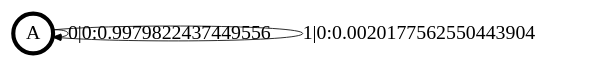
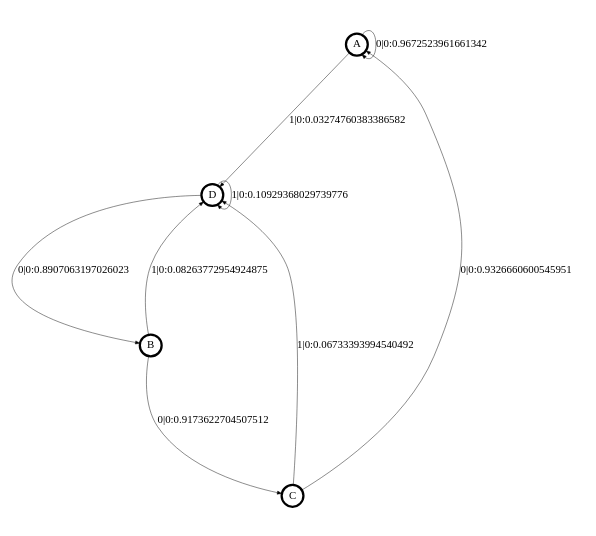
One commit to OdalysBar/HonorsThesis-TikTok changed the diagram in transCSSR-master/transCSSR_results/+user3.dot. Above: the diagram before and after it, drawn with Graphviz. The commit also changed 275 other files, not shown here.

```diff
--- a/transCSSR-master/transCSSR_results/+user3.dot
+++ b/transCSSR-master/transCSSR_results/+user3.dot
@@ -1,14 +1,20 @@
 digraph  {
 size = "6,8.5";
 ratio = "fill";
 node
 [shape = circle];
 node [fontsize = 24];
 node [penwidth = 5];
 edge [fontsize = 24];
 node [fontname = "CMU Serif Roman"];
 graph [fontname = "CMU Serif Roman"];
 edge [fontname = "CMU Serif Roman"];
-A -> A [label = "0|0:0.9979822437449556\l"];
-A -> A [label = "1|0:0.0020177562550443904\l"];
+A -> A [label = "0|0:0.9672523961661342\l"];
+A -> D [label = "1|0:0.03274760383386582\l"];
+B -> C [label = "0|0:0.9173622704507512\l"];
+B -> D [label = "1|0:0.08263772954924875\l"];
+C -> A [label = "0|0:0.9326660600545951\l"];
+C -> D [label = "1|0:0.06733393994540492\l"];
+D -> B [label = "0|0:0.8907063197026023\l"];
+D -> D [label = "1|0:0.10929368029739776\l"];
 }
```
